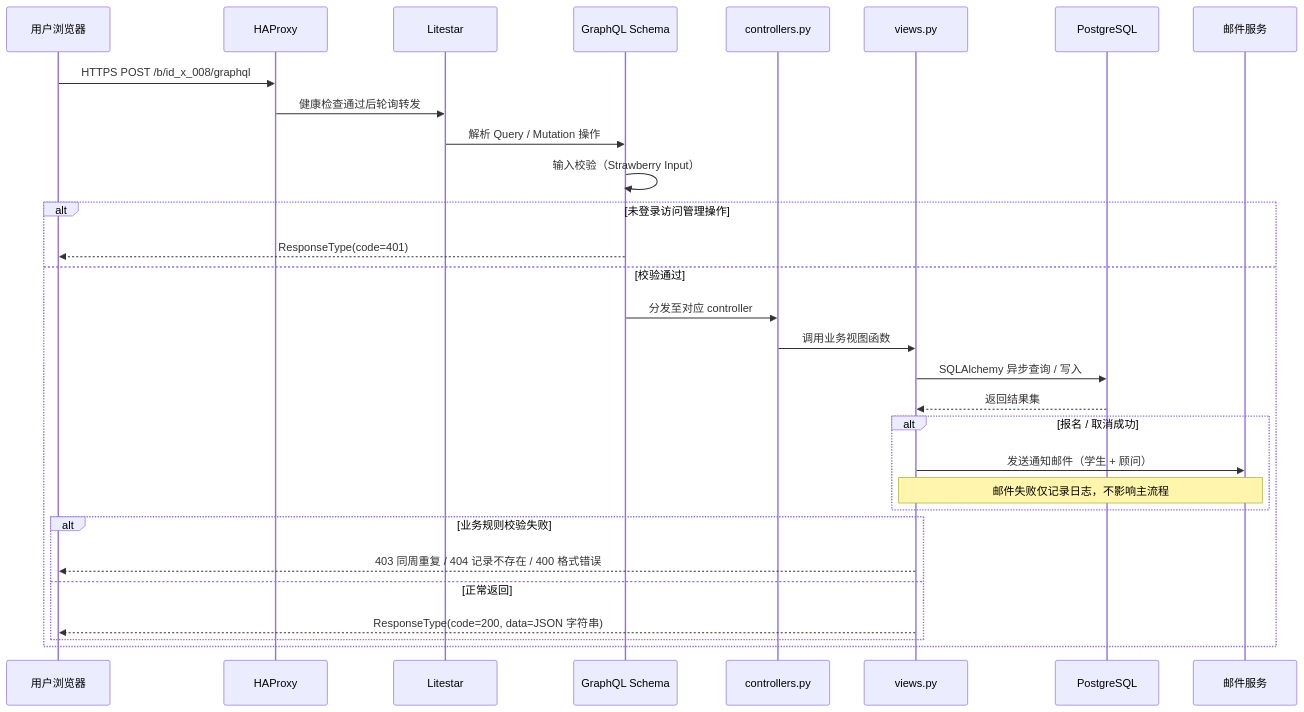
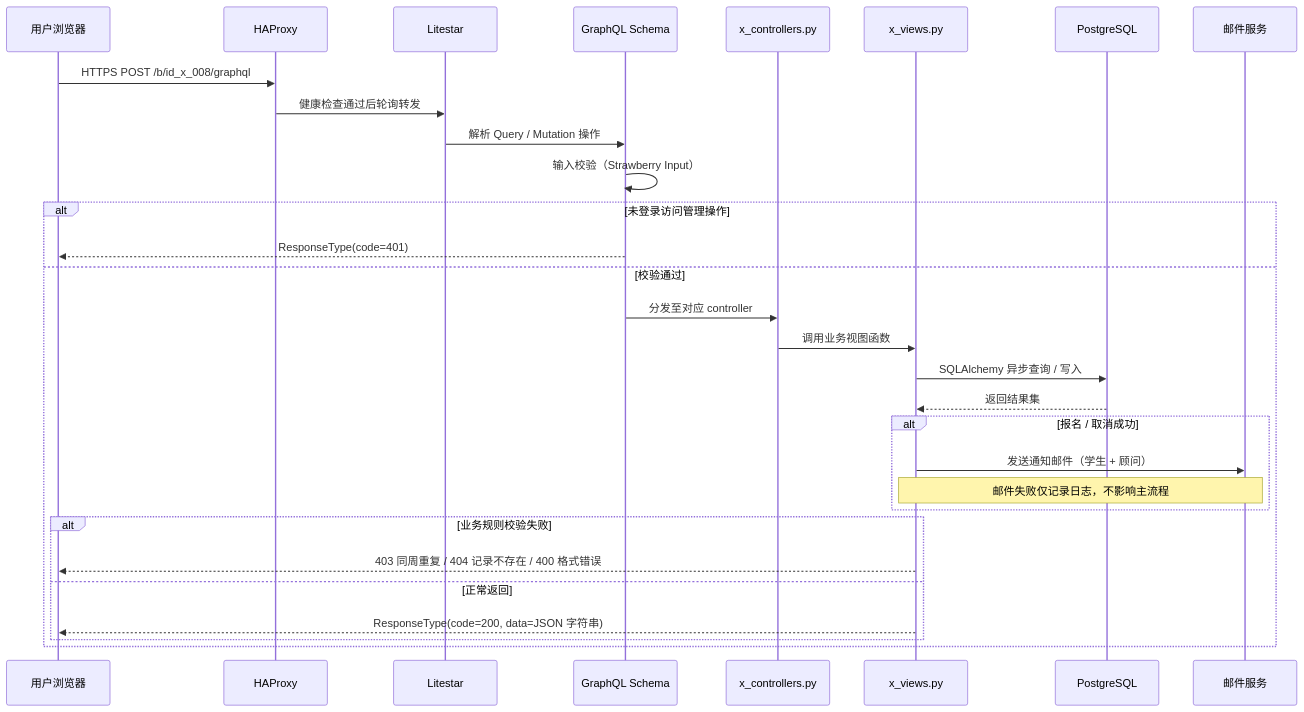
The second of 2 diagrams in README.md (i-TorchLabs/id_x_008), drawn with Mermaid before and after one commit. The commit also changed other lines of this file, not shown here.

````diff
--- a/README.md
+++ b/README.md
@@ -105,33 +103,33 @@
 ```mermaid
 sequenceDiagram
     participant U as 用户浏览器
     participant H as HAProxy
     participant L as Litestar
     participant G as GraphQL Schema
-    participant C as controllers.py
-    participant V as views.py
+    participant C as x_controllers.py
+    participant V as x_views.py
     participant D as PostgreSQL
     participant M as 邮件服务
 
     U->>H: HTTPS POST /b/id_x_008/graphql
     H->>L: 健康检查通过后轮询转发
     L->>G: 解析 Query / Mutation 操作
     G->>G: 输入校验（Strawberry Input）
     alt 未登录访问管理操作
         G-->>U: ResponseType(code=401)
     else 校验通过
         G->>C: 分发至对应 controller
         C->>V: 调用业务视图函数
         V->>D: SQLAlchemy 异步查询 / 写入
         D-->>V: 返回结果集
         alt 报名 / 取消成功
             V->>M: 发送通知邮件（学生 + 顾问）
             Note over V,M: 邮件失败仅记录日志，不影响主流程
         end
         alt 业务规则校验失败
             V-->>U: 403 同周重复 / 404 记录不存在 / 400 格式错误
         else 正常返回
             V-->>U: ResponseType(code=200, data=JSON 字符串)
         end
     end
 ```
````
